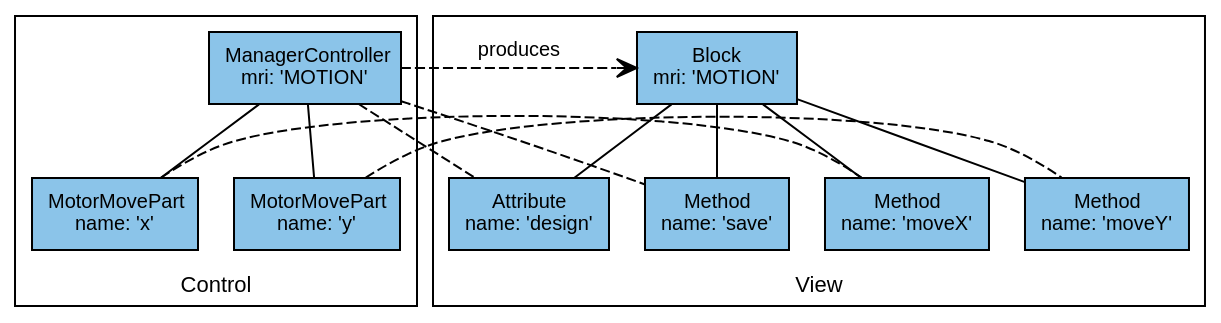
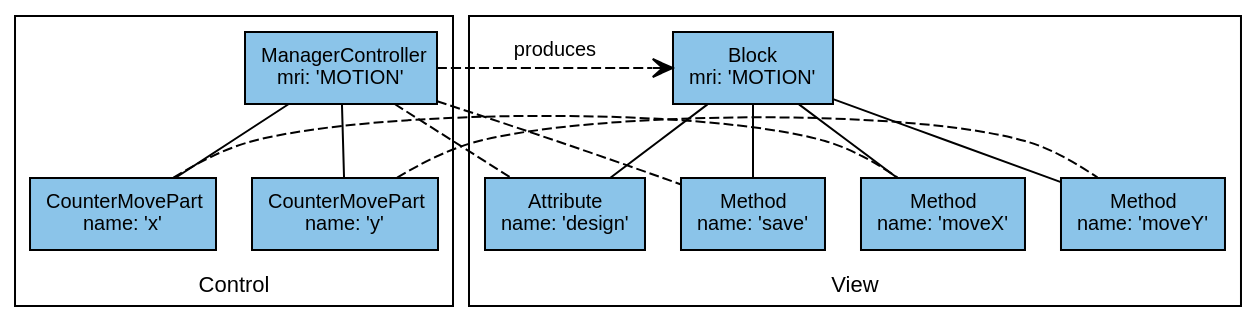
One commit to DiamondLightSource/pymalcolm changed the second of 2 diagrams in docs/tutorials/motion.rst. Above: the diagram before and after it, drawn with Graphviz. The commit also changed other lines of this file and 15 other files, not shown here.

```diff
--- a/docs/tutorials/motion.rst
+++ b/docs/tutorials/motion.rst
@@ -185,42 +185,42 @@
 .. digraph:: motion_controllers_and_parts
 
     newrank=true;  // Sensible ranking of clusters
     bgcolor=transparent
     node [fontname=Arial fontsize=10 shape=rect style=filled fillcolor="#8BC4E9"]
     graph [fontname=Arial fontsize=11]
     edge [fontname=Arial fontsize=10 arrowhead=none]
 
     controller [label=<ManagerController<BR/>mri: 'MOTION'>]
-    mpart1 [label=<MotorMovePart<BR/>name: 'x'>]
-    mpart2 [label=<MotorMovePart<BR/>name: 'y'>]
+    mpart1 [label=<CounterMovePart<BR/>name: 'x'>]
+    mpart2 [label=<CounterMovePart<BR/>name: 'y'>]
 
     subgraph cluster_control {
         label="Control"
         labelloc="b"
         controller -> mpart1
         controller -> mpart2
     }
 
     block [label=<Block<BR/>mri: 'MOTION'>]
     design [label=<Attribute<BR/>name: 'design'>]
     save [label=<Method<BR/>name: 'save'>]
     moveX [label=<Method<BR/>name: 'moveX'>]
     moveY [label=<Method<BR/>name: 'moveY'>]
 
     subgraph cluster_view {
         label="View"
         labelloc="b"
         block -> design
         block -> save
         block -> moveX
         block -> moveY
     }
 
     {rank=same;controller block}
     {rank=same;mpart1 mpart2 design save moveX moveY}
 
     mpart1 -> moveX [style=dashed]
     mpart2 -> moveY [style=dashed]
     controller -> design [style=dashed]
     controller -> save [style=dashed]
     controller -> block [arrowhead=vee dir=from style=dashed label=produces]
```
